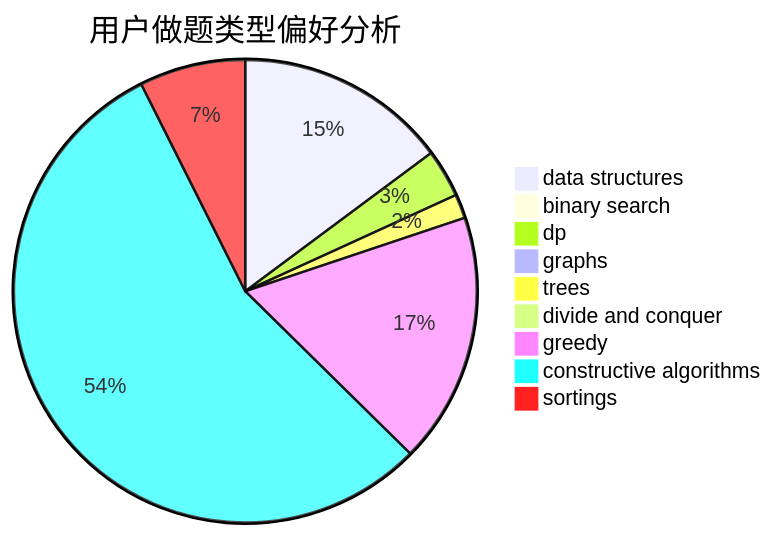
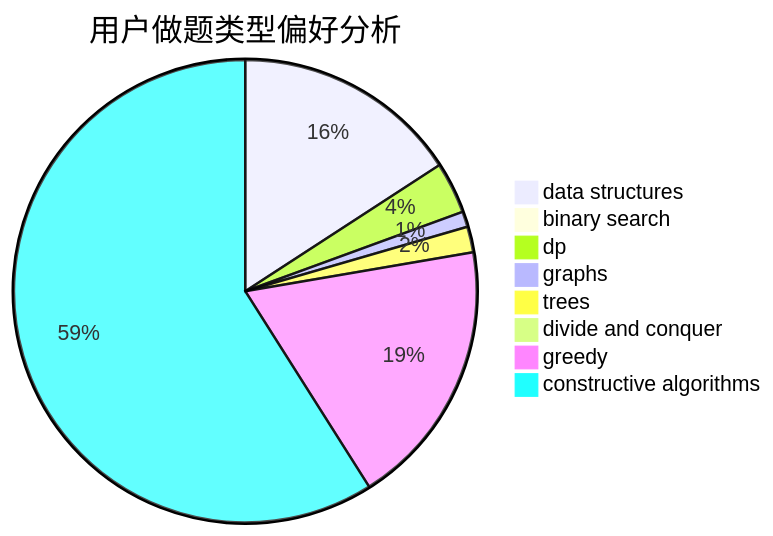
Before and after one commit to sherpahu/cfrs.github.io: the second of 3 diagrams in docs/user/u1373.md, drawn with Mermaid. The commit also changed other lines of this file and 2769 other files, not shown here.

````diff
--- a/docs/user/u1373.md
+++ b/docs/user/u1373.md
@@ -18,12 +18,11 @@
 ```mermaid
 pie title 用户做题类型偏好分析
     "data structures" :  44
     "binary search" :  1
     "dp" :  10
     "graphs" :  3
     "trees" :  5
     "divide and conquer" :  0
     "greedy" :  52
     "constructive algorithms" :  164
-    "sortings" :  22
 ```
````
